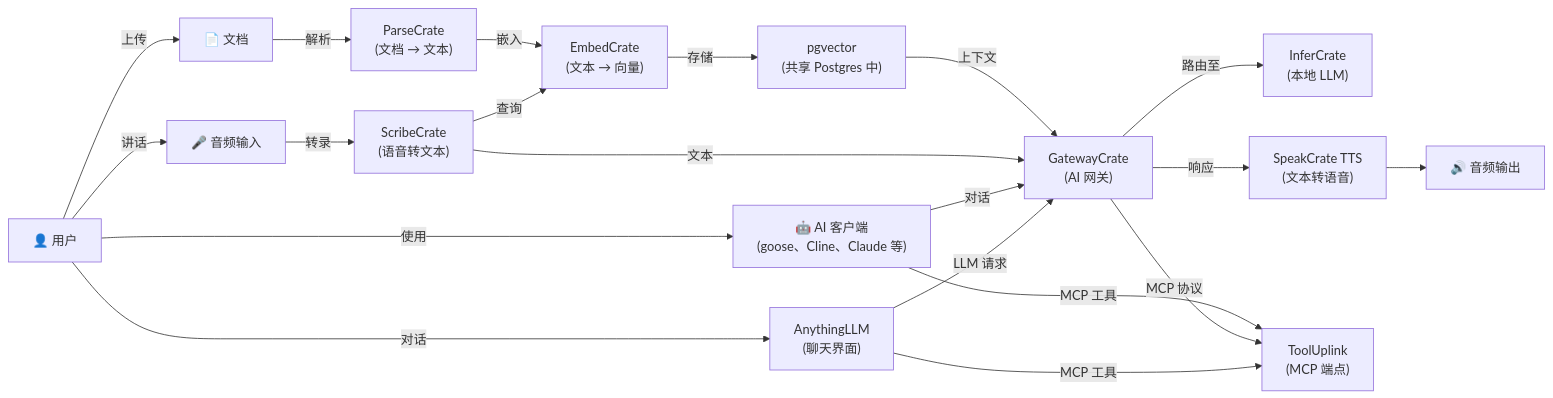
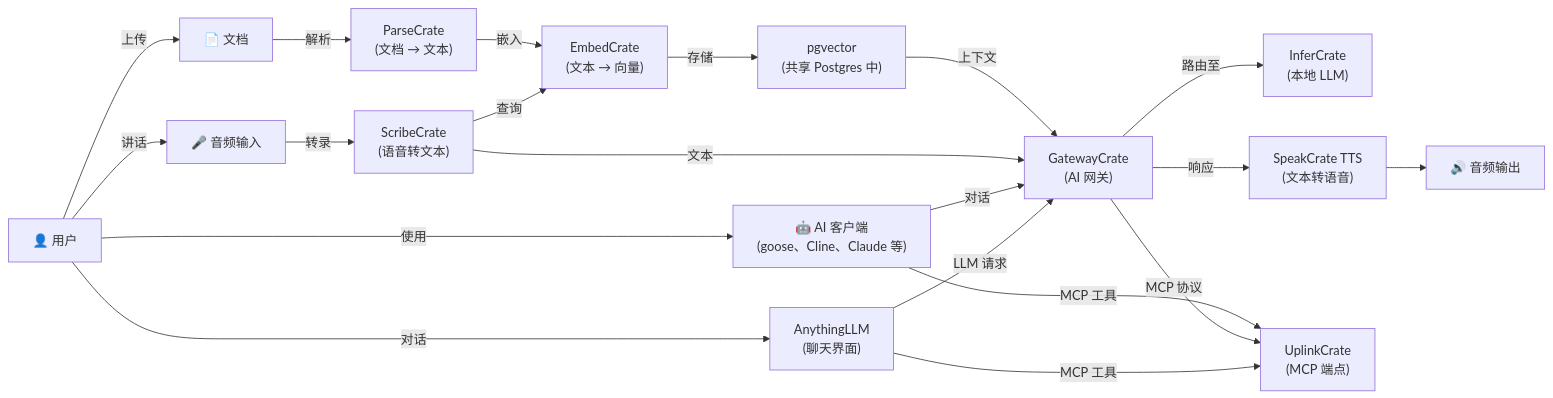
Before and after one commit to hwdsl2/self-hosted-ai-stack: the diagram in README-zh.md, drawn with Mermaid. The commit also changed other lines of this file and 22 other files, not shown here.

````diff
--- a/README-zh.md
+++ b/README-zh.md
@@ -188,22 +188,22 @@
 ```mermaid
 graph LR
     A["🎤 音频输入"] -->|转录| W["ScribeCrate<br/>(语音转文本)"]
     D["📄 文档"] -->|解析| DC["ParseCrate<br/>(文档 → 文本)"]
     DC -->|嵌入| E["EmbedCrate<br/>(文本 → 向量)"]
     E -->|存储| VDB["pgvector<br/>(共享 Postgres 中)"]
     W -->|查询| E
     VDB -->|上下文| L["GatewayCrate<br/>(AI 网关)"]
     W -->|文本| L
     L -->|路由至| O["InferCrate<br/>(本地 LLM)"]
     L -->|响应| T["SpeakCrate TTS<br/>(文本转语音)"]
     T --> B["🔊 音频输出"]
-    C["🤖 AI 客户端<br/>(goose、Cline、Claude 等)"] -->|MCP 工具| M["ToolUplink<br/>(MCP 端点)"]
+    C["🤖 AI 客户端<br/>(goose、Cline、Claude 等)"] -->|MCP 工具| M["UplinkCrate<br/>(MCP 端点)"]
     C -->|对话| L
     L -->|MCP 协议| M
     U["👤 用户"] -->|对话| AN["AnythingLLM<br/>(聊天界面)"]
     AN -->|LLM 请求| L
     AN -->|MCP 工具| M
     U -->|使用| C
     U -->|讲话| A
     U -->|上传| D
 ```
````
